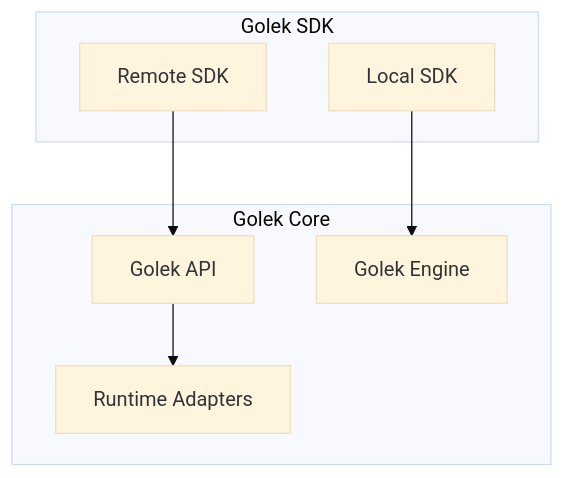
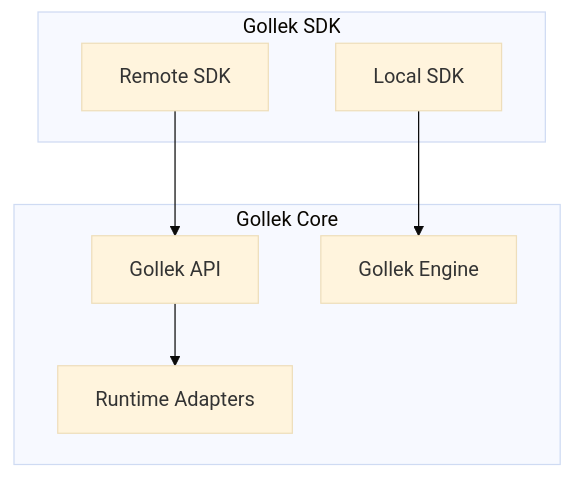
Before and after one commit to bhangun/wayang: the fourth of 5 diagrams in docs/3-golek-architecture.md, drawn with Mermaid (base theme). The commit also changed other lines of this file and 1898 other files, not shown here.

````diff
--- a/docs/3-golek-architecture.md
+++ b/docs/3-golek-architecture.md
@@ -134,17 +382,17 @@
 ```mermaid
 flowchart TB
-    subgraph SDK["Golek SDK"]
+    subgraph SDK["Gollek SDK"]
         SLocal["Local SDK"]
         SRemote["Remote SDK"]
     end
 
-    subgraph CORE["Golek Core"]
-        API["Golek API"]
-        Engine["Golek Engine"]
+    subgraph CORE["Gollek Core"]
+        API["Gollek API"]
+        Engine["Gollek Engine"]
         Runtime["Runtime Adapters"]
     end
 
     SLocal --> Engine
     SRemote --> API
     API --> Runtime
 ```
````
